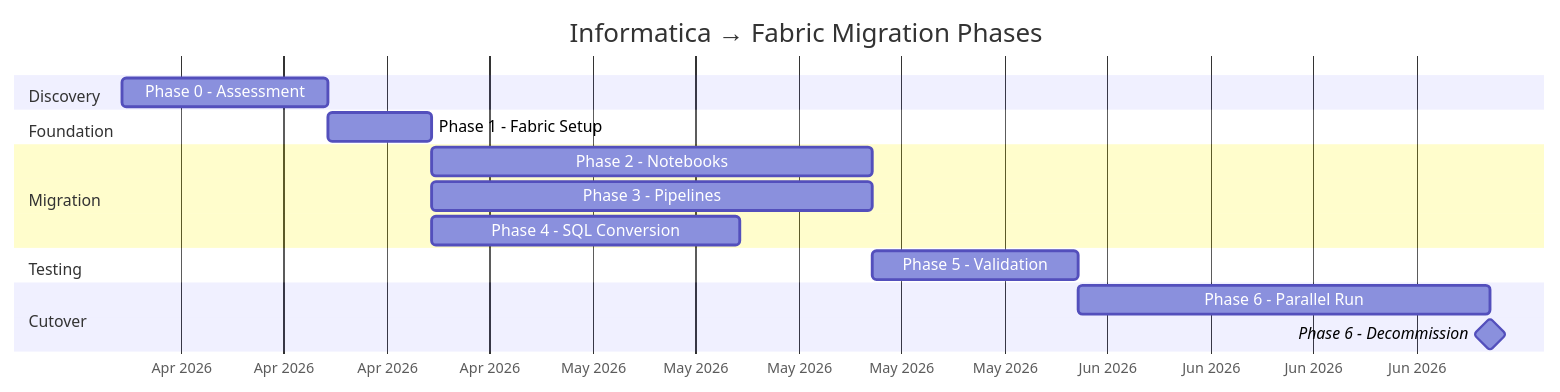
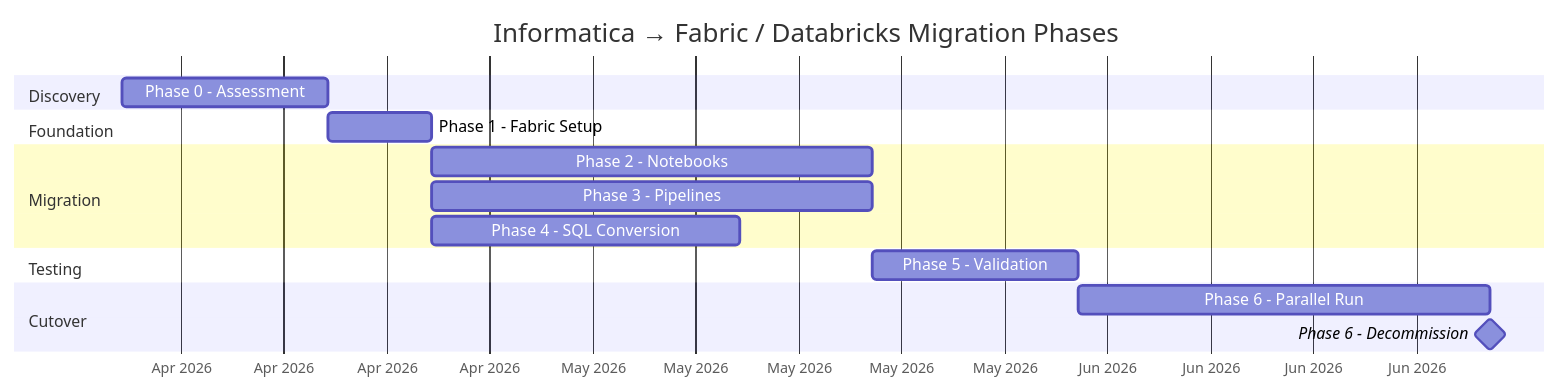
One commit to cyphou/InformaticaToFabric changed the sixth of 6 diagrams in MIGRATION_PLAN.md. Above: the diagram before and after it, drawn with Mermaid. The commit also changed other lines of this file and 82 other files, not shown here.

````diff
--- a/MIGRATION_PLAN.md
+++ b/MIGRATION_PLAN.md
@@ -332,24 +366,24 @@
 ```mermaid
 gantt
-    title Informatica → Fabric Migration Phases
+    title Informatica → Fabric / Databricks Migration Phases
     dateFormat  YYYY-MM-DD
     axisFormat %b %Y
 
     section Discovery
     Phase 0 - Assessment          :a0, 2026-04-01, 14d
 
     section Foundation
     Phase 1 - Fabric Setup        :a1, after a0, 7d
 
     section Migration
     Phase 2 - Notebooks           :a2, after a1, 30d
     Phase 3 - Pipelines           :a3, after a1, 30d
     Phase 4 - SQL Conversion      :a4, after a1, 21d
 
     section Testing
     Phase 5 - Validation          :a5, after a2, 14d
 
     section Cutover
     Phase 6 - Parallel Run        :a6, after a5, 28d
     Phase 6 - Decommission        :milestone, after a6, 0d
 ```
````
